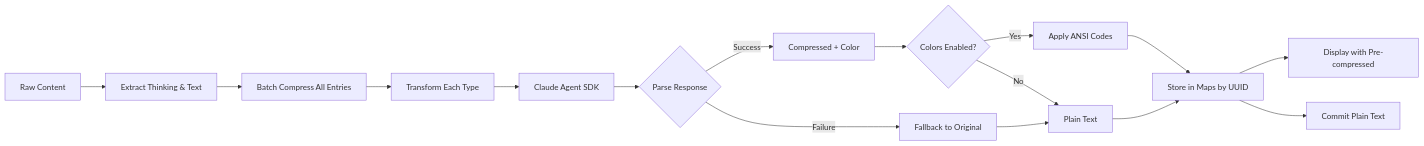
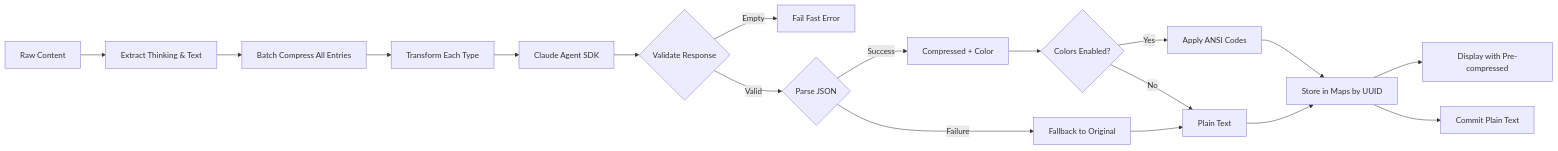
The fourth of 5 diagrams in src/ARCHITECTURE.md (normalnormie/ccthink), drawn with Mermaid before and after one commit. The commit also changed other lines of this file and 3 other files, not shown here.

````diff
--- a/src/ARCHITECTURE.md
+++ b/src/ARCHITECTURE.md
@@ -234,18 +244,20 @@
 ```mermaid
 graph LR
     A[Raw Content] --> B[Extract Thinking & Text]
     B --> C[Batch Compress All Entries]
     C --> D[Transform Each Type]
     D --> E[Claude Agent SDK]
-    E --> F{Parse Response}
-    F -->|Success| G[Compressed + Color]
-    F -->|Failure| H[Fallback to Original]
-    G --> I{Colors Enabled?}
-    I -->|Yes| J[Apply ANSI Codes]
-    I -->|No| K[Plain Text]
-    H --> K
-    J --> L[Store in Maps by UUID]
-    K --> L
-    L --> M[Display with Pre-compressed]
-    L --> N[Commit Plain Text]
+    E --> F{Validate Response}
+    F -->|Empty| G[Fail Fast Error]
+    F -->|Valid| H{Parse JSON}
+    H -->|Success| I[Compressed + Color]
+    H -->|Failure| J[Fallback to Original]
+    I --> K{Colors Enabled?}
+    K -->|Yes| L[Apply ANSI Codes]
+    K -->|No| M[Plain Text]
+    J --> M
+    L --> N[Store in Maps by UUID]
+    M --> N
+    N --> O[Display with Pre-compressed]
+    N --> P[Commit Plain Text]
 ```
````
